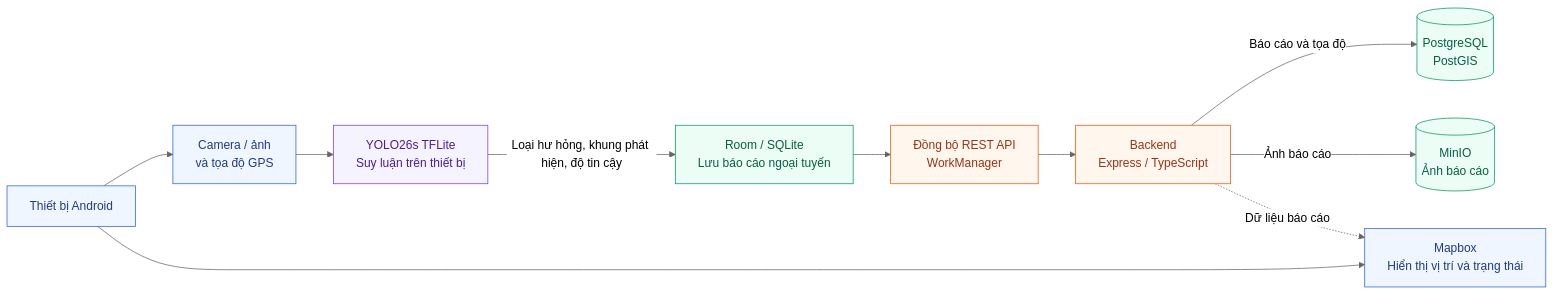
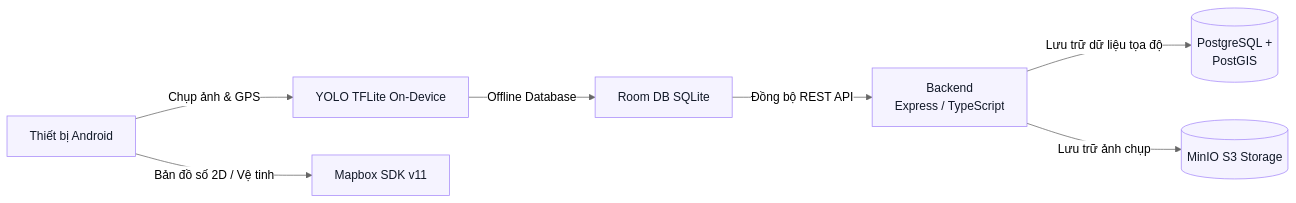
The diagram in README.md (tamvu20044-boop/Road-Damage-Management-System), drawn with Mermaid (neutral theme) before and after one commit. The commit also changed other lines of this file and 1 other file, not shown here.

Commit message:
Update README documentation

````diff
--- a/README.md
+++ b/README.md
@@ -9,31 +9,22 @@
 ```mermaid
 flowchart LR
     A["Thiết bị Android"]
-    B["Camera / ảnh<br/>và tọa độ GPS"]
-    C["YOLO26s TFLite<br/>Suy luận trên thiết bị"]
-    D["Room / SQLite<br/>Lưu báo cáo ngoại tuyến"]
-    E["Đồng bộ REST API<br/>WorkManager"]
-    F["Backend<br/>Express / TypeScript"]
-    G[("PostgreSQL<br/>PostGIS")]
-    H[("MinIO<br/>Ảnh báo cáo")]
-    I["Mapbox<br/>Hiển thị vị trí và trạng thái"]
+    B["YOLO TFLite On-Device"]
+    C["Room DB SQLite"]
+    D["Backend<br/>Express / TypeScript"]
+    E[("PostgreSQL +<br/>PostGIS")]
+    F[("MinIO S3 Storage")]
+    G["Mapbox SDK v11"]
 
-    A --> B
-    B --> C
-    C -->|"Loại hư hỏng, khung phát hiện, độ tin cậy"| D
-    D --> E
-    E --> F
-    F -->|"Báo cáo và tọa độ"| G
-    F -->|"Ảnh báo cáo"| H
-    A --> I
-    F -.->|"Dữ liệu báo cáo"| I
+    A -->|"Chụp ảnh & GPS"| B
+    A -->|"Bản đồ số 2D / Vệ tinh"| G
+    B -->|"Offline Database"| C
+    C -->|"Đồng bộ REST API"| D
+    D -->|"Lưu trữ dữ liệu tọa độ"| E
+    D -->|"Lưu trữ ảnh chụp"| F
 
-    classDef device fill:#eff6ff,stroke:#2563eb,color:#1e3a8a,stroke-width:1px;
-    classDef ai fill:#f5f3ff,stroke:#7c3aed,color:#4c1d95,stroke-width:1px;
-    classDef storage fill:#ecfdf5,stroke:#059669,color:#065f46,stroke-width:1px;
-    classDef backend fill:#fff7ed,stroke:#ea580c,color:#9a3412,stroke-width:1px;
-    class A,B,I device;
-    class C ai;
-    class D,G,H storage;
-    class E,F backend;
+    classDef component fill:#f5f3ff,stroke:#a78bfa,color:#111827,stroke-width:1px;
+    classDef storage fill:#f5f3ff,stroke:#a78bfa,color:#111827,stroke-width:1px;
+    class A,B,C,D,G component;
+    class E,F storage;
 ```
````
